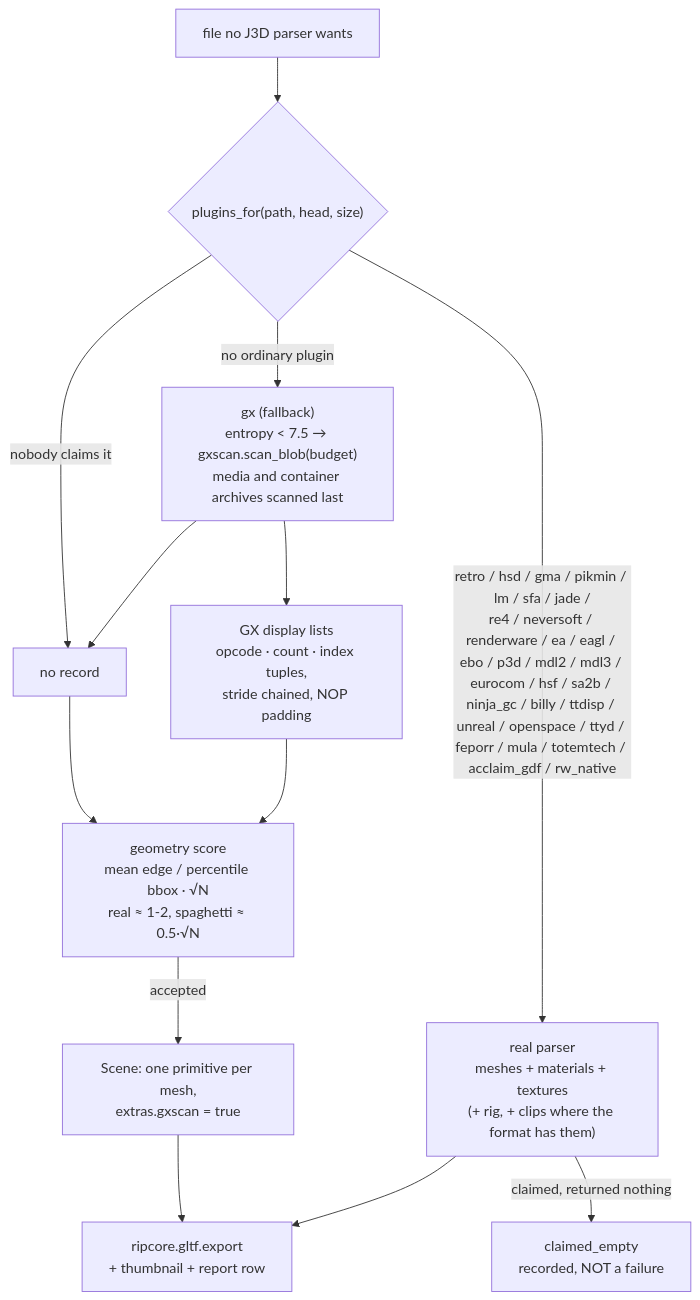
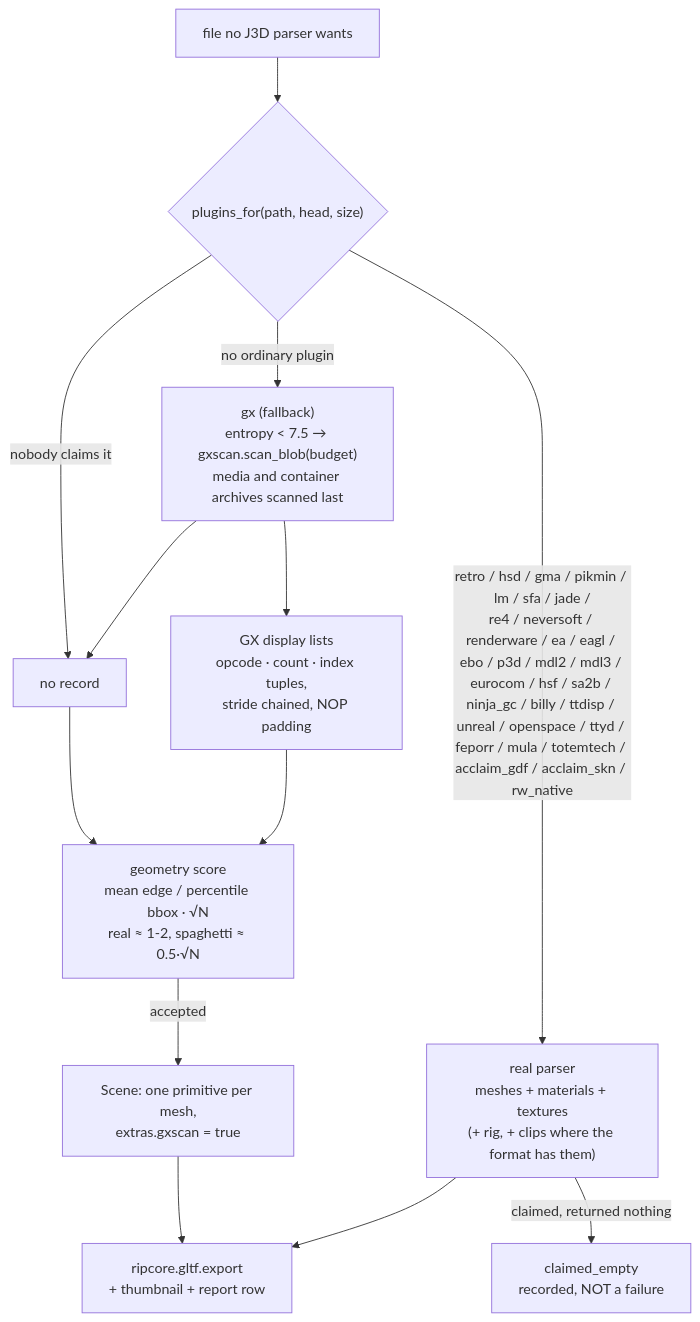
Before and after one commit to Felbs/3d-ripper-9000: the ninth of 10 diagrams in docs/PIPELINE.md, drawn with Mermaid. The commit also changed other lines of this file and 7 other files, not shown here.

First line of the commit message:
acclaim_skn: All-Star Baseball skinned meshes fall - the dual-copy format

````diff
--- a/docs/PIPELINE.md
+++ b/docs/PIPELINE.md
@@ -300,13 +300,13 @@
 ```mermaid
 flowchart TD
     F["file no J3D parser wants"] --> D{"plugins_for(path, head, size)"}
-    D -->|"retro / hsd / gma / pikmin / lm / sfa / jade /<br/>re4 / neversoft / renderware / ea / eagl / ebo / p3d / mdl2 / mdl3 / eurocom / hsf / sa2b / ninja_gc / billy / ttdisp / unreal / openspace / ttyd / feporr / mula / totemtech / acclaim_gdf / rw_native"| R["real parser<br/>meshes + materials + textures<br/>(+ rig, + clips where the format has them)"]
+    D -->|"retro / hsd / gma / pikmin / lm / sfa / jade /<br/>re4 / neversoft / renderware / ea / eagl / ebo / p3d / mdl2 / mdl3 / eurocom / hsf / sa2b / ninja_gc / billy / ttdisp / unreal / openspace / ttyd / feporr / mula / totemtech / acclaim_gdf / acclaim_skn / rw_native"| R["real parser<br/>meshes + materials + textures<br/>(+ rig, + clips where the format has them)"]
     D -->|"no ordinary plugin"| S["gx (fallback)<br/>entropy &lt; 7.5 → gxscan.scan_blob(budget)<br/>media and container archives scanned last"]
     S --> L["GX display lists<br/>opcode · count · index tuples,<br/>stride chained, NOP padding"]
     S --> N["neutral meshes<br/>f32 vertex run + u16 index run"]
     L & N --> SC["geometry score<br/>mean edge / percentile bbox · √N<br/>real ≈ 1-2, spaghetti ≈ 0.5·√N"]
     SC -->|"accepted"| M["Scene: one primitive per mesh,<br/>extras.gxscan = true"]
     R & M --> E["ripcore.gltf.export<br/>+ thumbnail + report row"]
     R -->|"claimed, returned nothing"| Z["claimed_empty<br/>recorded, NOT a failure"]
     D -->|"nobody claims it"| N["no record"]
 ```
````
